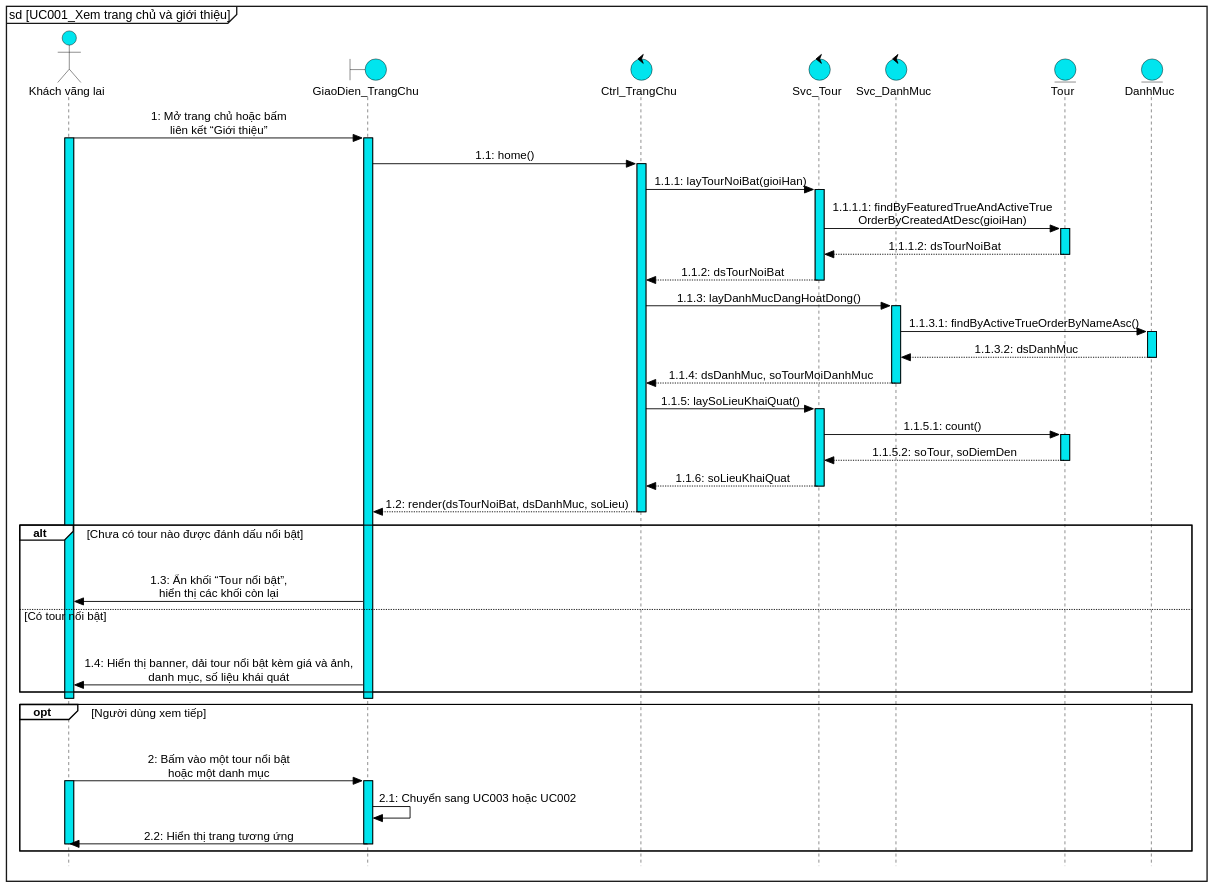
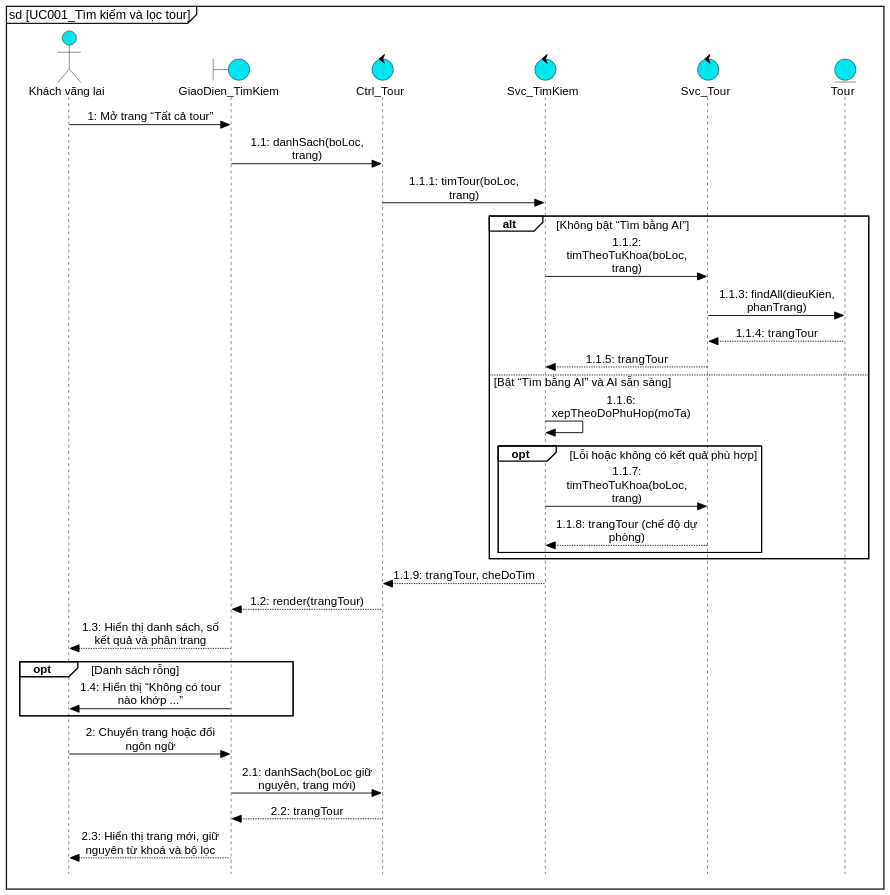
The diagram in docs/report/diagrams/src/UC001_sequence.puml (kanele05/project_www), drawn with PlantUML before and after one commit. The commit also changed 104 other files, not shown here.

First line of the commit message:
Sắp xếp lại use case theo biểu đồ tổng quát: đánh số lại UC001–UC021, gộp quản lý danh mục, cập nhật đặc tả và sơ đồ

```diff
--- a/docs/report/diagrams/src/UC001_sequence.puml
+++ b/docs/report/diagrams/src/UC001_sequence.puml
@@ -1,96 +1,75 @@
 @startuml UC001_sequence
 skinparam dpi 140
 skinparam defaultFontName "Liberation Sans"
 skinparam defaultFontSize 13
 skinparam backgroundColor white
 skinparam shadowing false
 skinparam style strictuml
 hide footbox
-skinparam maxMessageSize 420
+skinparam maxMessageSize 160
 skinparam sequenceMessageAlign center
 skinparam responseMessageBelowArrow false
 skinparam ArrowColor black
-skinparam ParticipantPadding 90
+skinparam ParticipantPadding 12
 skinparam BoxPadding 6
 skinparam sequence {
   ArrowColor black
   LifeLineBorderColor black
   LifeLineBackgroundColor #00E5EE
   ParticipantBackgroundColor #00E5EE
   ParticipantBorderColor black
   ActorBackgroundColor #00E5EE
   ActorBorderColor black
   GroupBorderColor black
   GroupBackgroundColor white
   GroupHeaderFontStyle bold
   GroupFontStyle plain
   GroupBorderThickness 1.2
 }
 skinparam note {
   BackgroundColor transparent
   BorderColor transparent
   FontColor transparent
 }
 skinparam BoundaryBackgroundColor #00E5EE
 skinparam BoundaryBorderColor black
 skinparam ControlBackgroundColor #00E5EE
 skinparam ControlBorderColor black
 skinparam EntityBackgroundColor #00E5EE
 skinparam EntityBorderColor black
 skinparam ActorBackgroundColor #00E5EE
 skinparam ActorBorderColor black
-mainframe sd [UC001_Xem trang chủ và giới thiệu]
+mainframe sd [UC001_Tìm kiếm và lọc tour]
+
 actor "Khách vãng lai" as kh
-boundary "GiaoDien_TrangChu" as ui
-control "Ctrl_TrangChu" as ctrl
-control "Svc_Tour" as svct
-control "Svc_DanhMuc" as svcd
+boundary "GiaoDien_TimKiem" as ui
+control "Ctrl_Tour" as ctrl
+control "Svc_TimKiem" as tk
+control "Svc_Tour" as svc
 entity "Tour" as tour
-entity "DanhMuc" as dm
-
-kh -> ui : 1: Mở trang chủ hoặc bấm\nliên kết “Giới thiệu”
-activate kh #00E5EE
-activate ui #00E5EE
-ui -> ctrl : 1.1: home()
-activate ctrl #00E5EE
-ctrl -> svct : 1.1.1: layTourNoiBat(gioiHan)
-activate svct #00E5EE
-svct -> tour : 1.1.1.1: findByFeaturedTrueAndActiveTrue\nOrderByCreatedAtDesc(gioiHan)
-activate tour #00E5EE
-return 1.1.1.2: dsTourNoiBat
-return 1.1.2: dsTourNoiBat
-ctrl -> svcd : 1.1.3: layDanhMucDangHoatDong()
-activate svcd #00E5EE
-svcd -> dm : 1.1.3.1: findByActiveTrueOrderByNameAsc()
-activate dm #00E5EE
-return 1.1.3.2: dsDanhMuc
-return 1.1.4: dsDanhMuc, soTourMoiDanhMuc
-ctrl -> svct : 1.1.5: laySoLieuKhaiQuat()
-activate svct #00E5EE
-svct -> tour : 1.1.5.1: count()
-activate tour #00E5EE
-return 1.1.5.2: soTour, soDiemDen
-return 1.1.6: soLieuKhaiQuat
-ctrl --> ui : 1.2: render(dsTourNoiBat, dsDanhMuc, soLieu)
-deactivate ctrl
-alt Chưa có tour nào được đánh dấu nổi bật
-  hnote over kh, dm : .
-  ui -> kh : 1.3: Ẩn khối “Tour nổi bật”,\nhiển thị các khối còn lại
-else Có tour nổi bật
-  hnote over kh, dm : .
-  ui -> kh : 1.4: Hiển thị banner, dải tour nổi bật kèm giá và ảnh,\ndanh mục, số liệu khái quát
+kh -> ui : 1: Mở trang “Tất cả tour”
+ui -> ctrl : 1.1: danhSach(boLoc, trang)
+ctrl -> tk : 1.1.1: timTour(boLoc, trang)
+alt Không bật “Tìm bằng AI”
+  tk -> svc : 1.1.2: timTheoTuKhoa(boLoc, trang)
+  svc -> tour : 1.1.3: findAll(dieuKien, phanTrang)
+  tour --> svc : 1.1.4: trangTour
+  svc --> tk : 1.1.5: trangTour
+else Bật “Tìm bằng AI” và AI sẵn sàng
+  tk -> tk : 1.1.6: xepTheoDoPhuHop(moTa)
+  opt Lỗi hoặc không có kết quả phù hợp
+    tk -> svc : 1.1.7: timTheoTuKhoa(boLoc, trang)
+    svc --> tk : 1.1.8: trangTour (chế độ dự phòng)
+  end
 end
-deactivate ui
-deactivate kh
-
-opt Người dùng xem tiếp
-  hnote over kh, dm : .
-  kh -> ui : 2: Bấm vào một tour nổi bật\nhoặc một danh mục
-  activate kh #00E5EE
-  activate ui #00E5EE
-  ui -> ui : 2.1: Chuyển sang UC003 hoặc UC002
-  ui -> kh : 2.2: Hiển thị trang tương ứng
-  deactivate ui
-  deactivate kh
+tk --> ctrl : 1.1.9: trangTour, cheDoTim
+ctrl --> ui : 1.2: render(trangTour)
+ui --> kh : 1.3: Hiển thị danh sách, số kết quả và phân trang
+opt Danh sách rỗng
+  ui -> kh : 1.4: Hiển thị “Không có tour nào khớp ...”
 end
+kh -> ui : 2: Chuyển trang hoặc đổi ngôn ngữ
+ui -> ctrl : 2.1: danhSach(boLoc giữ nguyên, trang mới)
+ctrl --> ui : 2.2: trangTour
+ui --> kh : 2.3: Hiển thị trang mới, giữ nguyên từ khoá và bộ lọc
 @enduml
```
